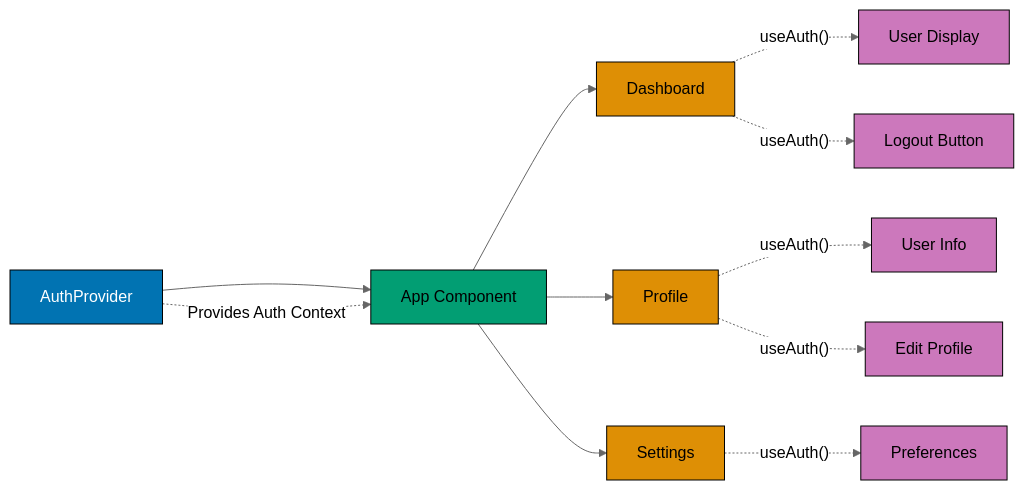
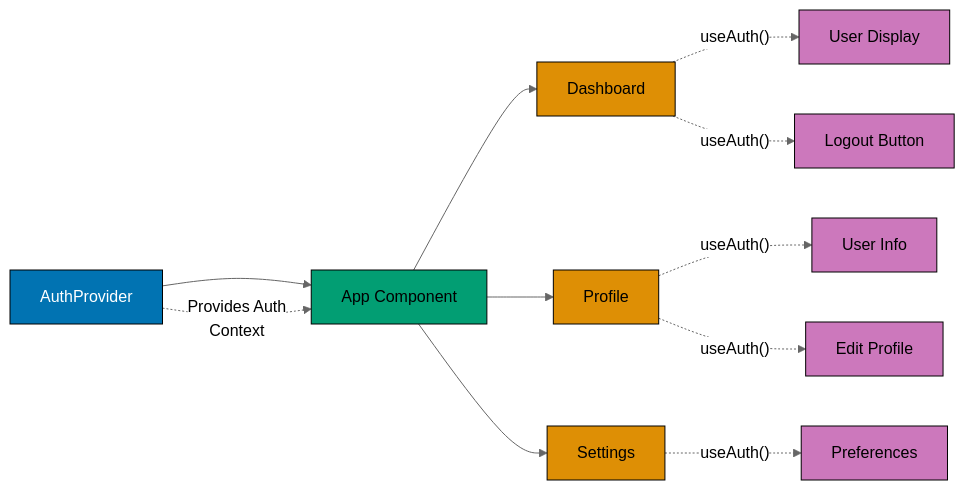
One commit to wahidyankf/ose-public changed the first of 2 diagrams in docs/explanation/software-engineering/platform-web/tools/fe-react/state-management.md. Above: the diagram before and after it, drawn with Mermaid (neutral theme). The commit also changed other lines of this file and 220 other files, not shown here.

First line of the commit message:
docs: split mermaid labels to 20 graphemes and add palette defaults

````diff
--- a/docs/explanation/software-engineering/platform-web/tools/fe-react/state-management.md
+++ b/docs/explanation/software-engineering/platform-web/tools/fe-react/state-management.md
@@ -506,27 +506,28 @@
 ```mermaid
 %% Color Palette: Blue #0173B2, Orange #DE8F05, Teal #029E73, Purple #CC78BC
 %% All colors are color-blind friendly and meet WCAG AA contrast standards
 
 graph LR
     accTitle: Context Propagation
     accDescr: AuthProvider leads to App Component; AuthProvider leads to App Component via Provides Auth Context; App Component leads to Dashboard; App Component leads to Profile; App Component leads to Settings; and 5 more links.
     A[AuthProvider] --> B[App Component]
-    A -.->|Provides Auth Context| B
+    A -.->|Provides Auth<br/>Context| B
     B --> C[Dashboard]
     B --> D[Profile]
     B --> E[Settings]
     C -.->|useAuth#40;#41;| F[User Display]
     C -.->|useAuth#40;#41;| G[Logout Button]
     D -.->|useAuth#40;#41;| H[User Info]
     D -.->|useAuth#40;#41;| I[Edit Profile]
     E -.->|useAuth#40;#41;| J[Preferences]
 
     classDef blue fill:#0173B2,stroke:#000000,color:#FFFFFF
     classDef teal fill:#029E73,stroke:#000000,color:#000000
     classDef orange fill:#DE8F05,stroke:#000000,color:#000000
     classDef purple fill:#CC78BC,stroke:#000000,color:#000000
     class A blue
     class B teal
     class C,D,E orange
     class F,G,H,I,J purple
+    classDef default fill:#FFFFFF,stroke:#000000,color:#000000
 ```
````
